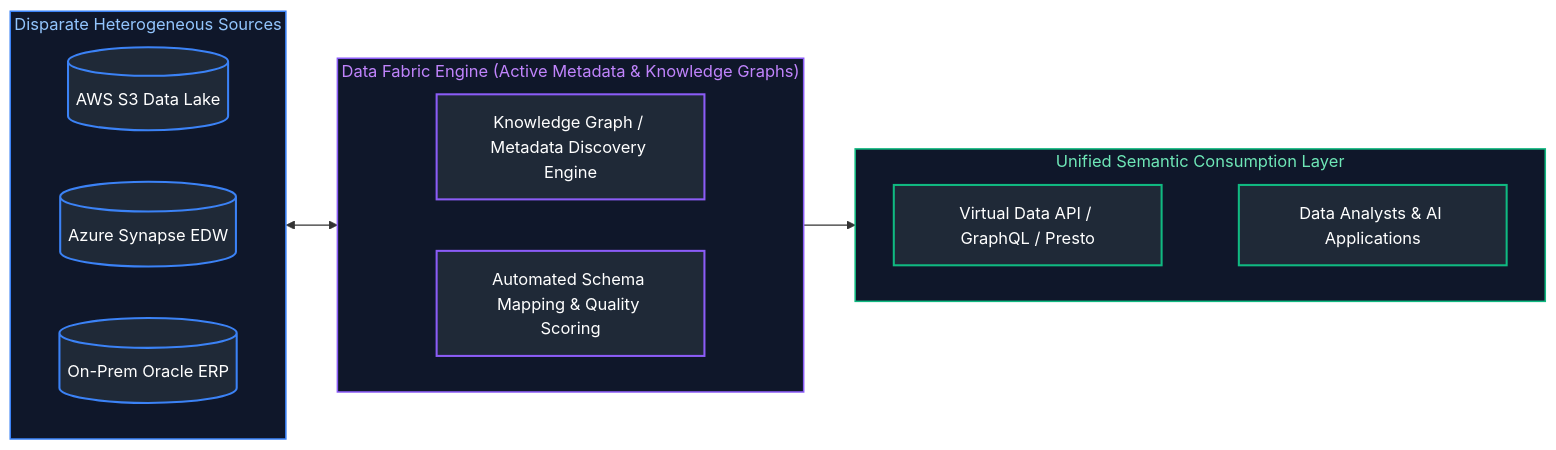
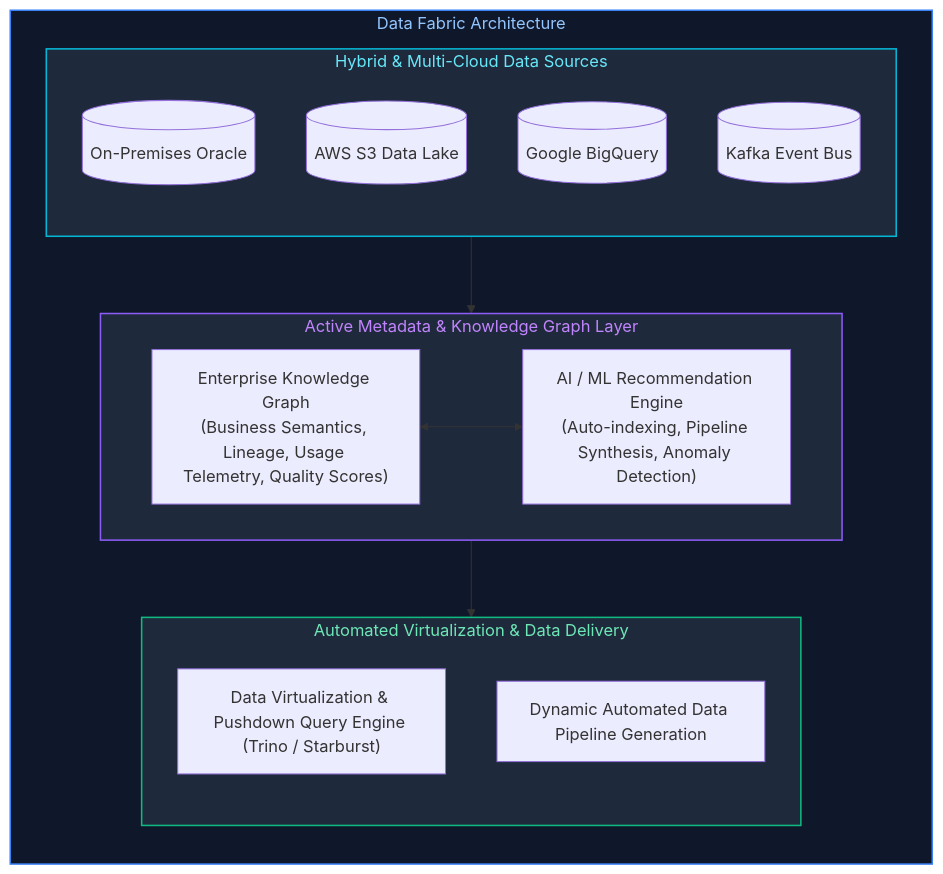
Before and after one commit to joydeep-biswas/Interview-Preparation: the ninth of 30 diagrams in Data Engineering/06_data_architecture_and_modeling.md, drawn with Mermaid. The commit also changed other lines of this file and 143 other files, not shown here.

````diff
--- a/Data Engineering/06_data_architecture_and_modeling.md
+++ b/Data Engineering/06_data_architecture_and_modeling.md
@@ -433,37 +488,33 @@
 ```mermaid
 flowchart LR
-    subgraph DataSources ["Disparate Heterogeneous Sources"]
-        direction LR
-        S1[(AWS S3 Data Lake)]
-        S2[(Azure Synapse EDW)]
-        S3[(On-Prem Oracle ERP)]
+    subgraph DataFabricArchitecture ["Data Fabric Architecture"]
+        subgraph ActiveMetadataEngine ["Active Metadata & Knowledge Graph Layer"]
+            direction LR
+            Graph["Enterprise Knowledge Graph<br/>(Business Semantics, Lineage, Usage Telemetry, Quality Scores)"]
+            MLRecommender["AI / ML Recommendation Engine<br/>(Auto-indexing, Pipeline Synthesis, Anomaly Detection)"]
+            Graph <--> MLRecommender
+        end
+
+        subgraph DistributedSources ["Hybrid & Multi-Cloud Data Sources"]
+            direction TD
+            S1[("On-Premises Oracle")]
+            S2[("AWS S3 Data Lake")]
+            S3[("Google BigQuery")]
+            S4[("Kafka Event Bus")]
+        end
+
+        subgraph DynamicPipelines ["Automated Virtualization & Data Delivery"]
+            direction TD
+            Virt["Data Virtualization & Pushdown Query Engine (Trino / Starburst)"]
+            AutoPipeline["Dynamic Automated Data Pipeline Generation"]
+        end
     end
 
-    subgraph ActiveMetadataEngine ["Data Fabric Engine (Active Metadata & Knowledge Graphs)"]
-        direction LR
-        KG["Knowledge Graph / Metadata Discovery Engine"]
-        AutoPipe["Automated Schema Mapping & Quality Scoring"]
-    end
+    DistributedSources --> ActiveMetadataEngine
+    ActiveMetadataEngine --> DynamicPipelines
 
-    subgraph UnifiedAccess ["Unified Semantic Consumption Layer"]
-        direction LR
-        API["Virtual Data API / GraphQL / Presto"]
-        Consumer[Data Analysts & AI Applications]
-    end
-
-    DataSources <--> ActiveMetadataEngine
-    ActiveMetadataEngine --> UnifiedAccess
-    UnifiedAccess --> Consumer
-
-    style DataSources fill:#0f172a,stroke:#3b82f6,stroke-width:1.5px,color:#93c5fd
-    style ActiveMetadataEngine fill:#0f172a,stroke:#8b5cf6,stroke-width:1.5px,color:#c084fc
-    style UnifiedAccess fill:#0f172a,stroke:#10b981,stroke-width:1.5px,color:#6ee7b7
-
-    style S1 fill:#1f2937,stroke:#3b82f6,stroke-width:2px,color:#fff
-    style S2 fill:#1f2937,stroke:#3b82f6,stroke-width:2px,color:#fff
-    style S3 fill:#1f2937,stroke:#3b82f6,stroke-width:2px,color:#fff
-    style KG fill:#1f2937,stroke:#8b5cf6,stroke-width:2px,color:#fff
-    style AutoPipe fill:#1f2937,stroke:#8b5cf6,stroke-width:2px,color:#fff
-    style API fill:#1f2937,stroke:#10b981,stroke-width:2px,color:#fff
-    style Consumer fill:#1f2937,stroke:#10b981,stroke-width:2px,color:#fff
+    style DataFabricArchitecture fill:#0f172a,stroke:#3b82f6,stroke-width:1.5px,color:#93c5fd
+    style ActiveMetadataEngine fill:#1e293b,stroke:#8b5cf6,stroke-width:1.5px,color:#c084fc
+    style DistributedSources fill:#1e293b,stroke:#06b6d4,stroke-width:1.5px,color:#67e8f9
+    style DynamicPipelines fill:#1e293b,stroke:#10b981,stroke-width:1.5px,color:#6ee7b7
 ```
````
